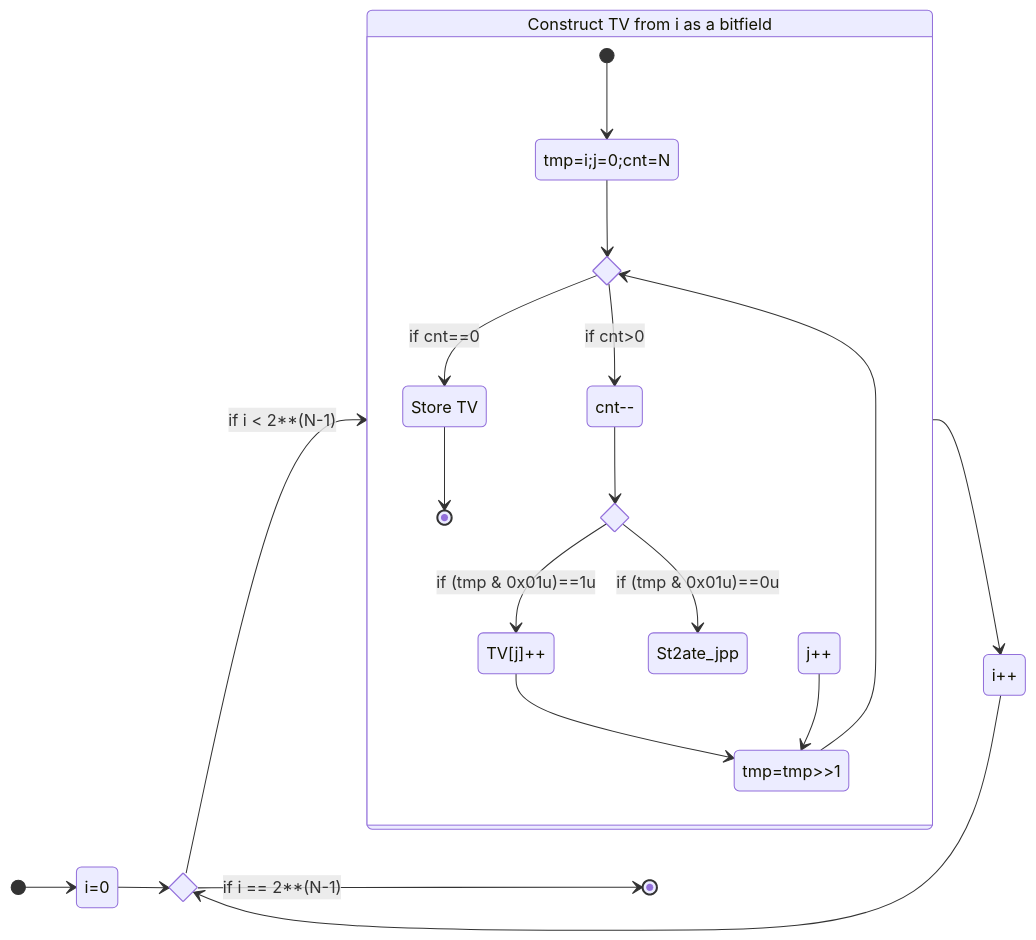
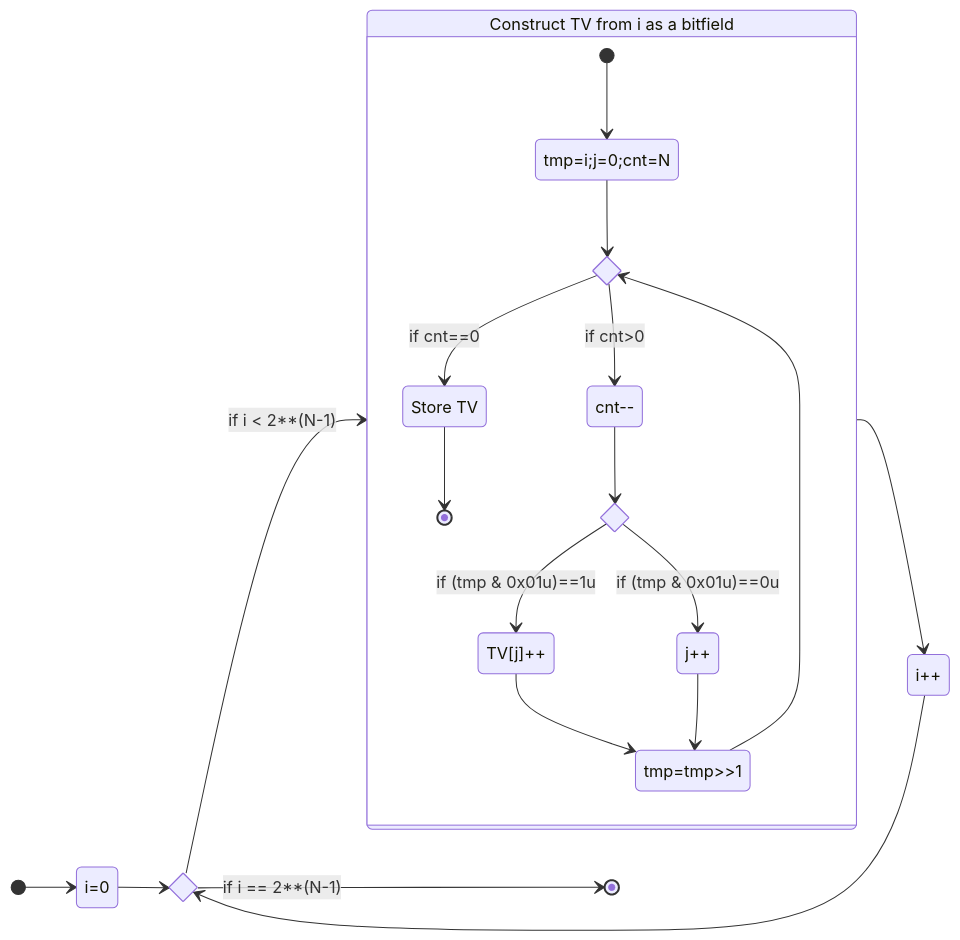
One commit to Joecstarr/joe-starr.com changed the first of 2 diagrams in content/slides/dearborn_F23.md. Above: the diagram before and after it, drawn with Mermaid. The commit also changed other lines of this file, not shown here.

````diff
--- a/content/slides/dearborn_F23.md
+++ b/content/slides/dearborn_F23.md
@@ -586,39 +583,39 @@
 ```mermaid
 stateDiagram-v2
     direction LR
 
     state if_done <<choice>>
     State_i: i=0
     State_ipp: i++
     state "Construct TV from i as a bitfield" as tv_calc{
         state "tmp=i;j=0;cnt=N" as State_temp
         State_jpp: j++
         State_cntmm: cnt--
         State_sum_tv: TV[j]++
         State_rsh: tmp=tmp>>1
         state if_lsb <<choice>>
         state if_cnteo <<choice>>
         State_store_tv: Store TV
 
         [*] --> State_temp
         State_temp --> if_cnteo
         if_cnteo--> State_cntmm: if cnt>0
         if_cnteo--> State_store_tv: if cnt==0
         State_store_tv --> [*]
 
         State_cntmm -->if_lsb
         if_lsb -->State_sum_tv: if (tmp & 0x01u)==1u
         State_sum_tv --> State_rsh
-        if_lsb -->St2ate_jpp: if (tmp & 0x01u)==0u
+        if_lsb -->State_jpp: if (tmp & 0x01u)==0u
         State_jpp --> State_rsh
         State_rsh --> if_cnteo
     }
     [*] --> State_i
     State_i --> if_done
     if_done --> tv_calc: if i < 2**(N-1)
     tv_calc --> State_ipp
     State_ipp --> if_done
     if_done --> [*]: if i == 2**(N-1)
 
 
 ```
````
